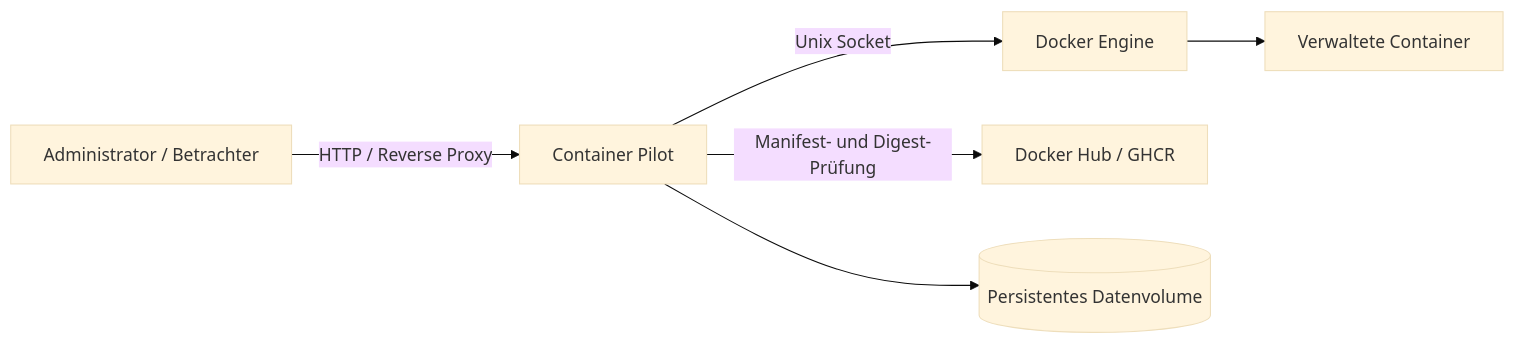
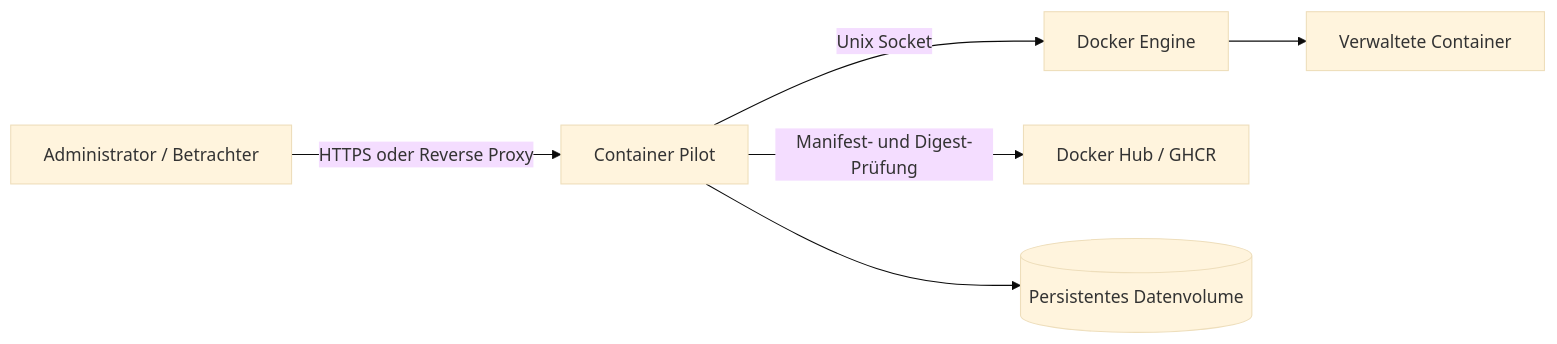
The diagram in README.de.md (DeepZone/container-pilot), drawn with Mermaid (base theme) before and after one commit. The commit also changed other lines of this file and 13 other files, not shown here.

````diff
--- a/README.de.md
+++ b/README.de.md
@@ -51,8 +51,8 @@
 ```mermaid
 flowchart LR
-    U["Administrator / Betrachter"] -->|HTTP / Reverse Proxy| C["Container Pilot"]
+    U["Administrator / Betrachter"] -->|HTTPS oder Reverse Proxy| C["Container Pilot"]
     C -->|Unix Socket| D["Docker Engine"]
     C -->|Manifest- und Digest-Prüfung| R["Docker Hub / GHCR"]
     D --> K["Verwaltete Container"]
     C --> S[("Persistentes Datenvolume")]
 ```
````
